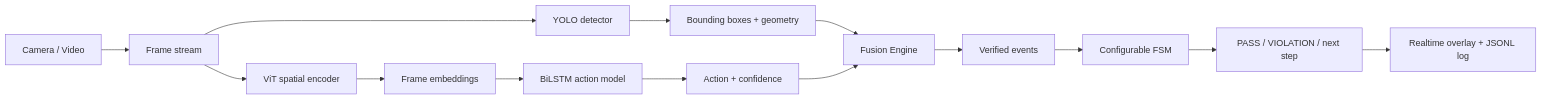
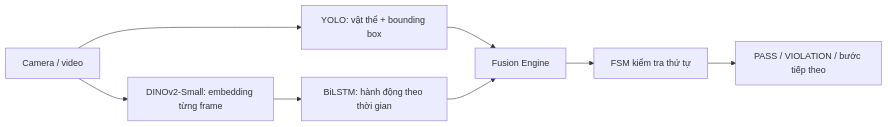
Before and after one commit to 23120340/Region_Based_Convolutional_Neural_Network_Demo: the diagram in README.md, drawn with Mermaid. The commit also changed other lines of this file and 66 other files, not shown here.

````diff
--- a/README.md
+++ b/README.md
@@ -20,16 +15,10 @@
 ```mermaid
 flowchart LR
-    Camera[Camera / Video] --> Frames[Frame stream]
-    Frames --> YOLO[YOLO detector]
-    Frames --> ViT[ViT spatial encoder]
-    YOLO --> Objects[Bounding boxes + geometry]
-    ViT --> Embeddings[Frame embeddings]
-    Embeddings --> LSTM[BiLSTM action model]
-    LSTM --> Actions[Action + confidence]
-    Objects --> Fusion[Fusion Engine]
-    Actions --> Fusion
-    Fusion --> Events[Verified events]
-    Events --> FSM[Configurable FSM]
-    FSM --> Result[PASS / VIOLATION / next step]
-    Result --> UI[Realtime overlay + JSONL log]
+    Camera[Camera / video] --> YOLO[YOLO: vật thể + bounding box]
+    Camera --> DINO[DINOv2-Small: embedding từng frame]
+    DINO --> LSTM[BiLSTM: hành động theo thời gian]
+    YOLO --> Fusion[Fusion Engine]
+    LSTM --> Fusion
+    Fusion --> FSM[FSM kiểm tra thứ tự]
+    FSM --> Result[PASS / VIOLATION / bước tiếp theo]
 ```
````
